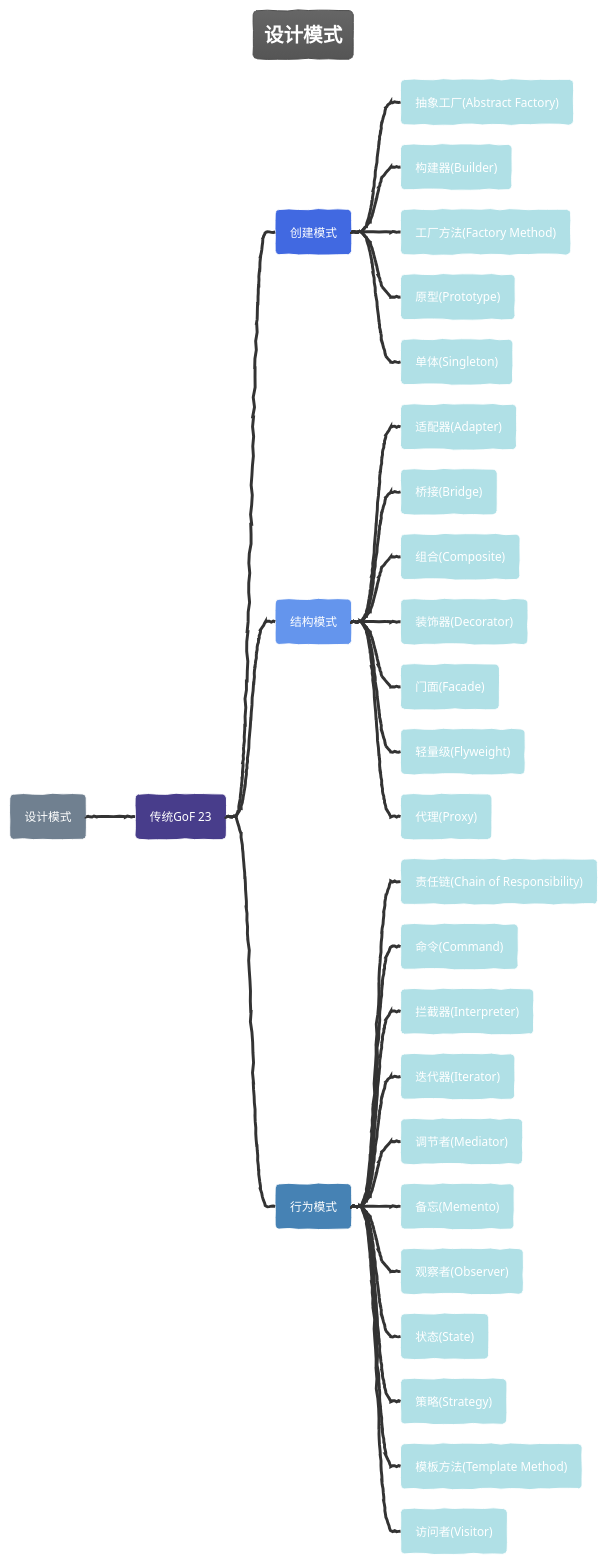
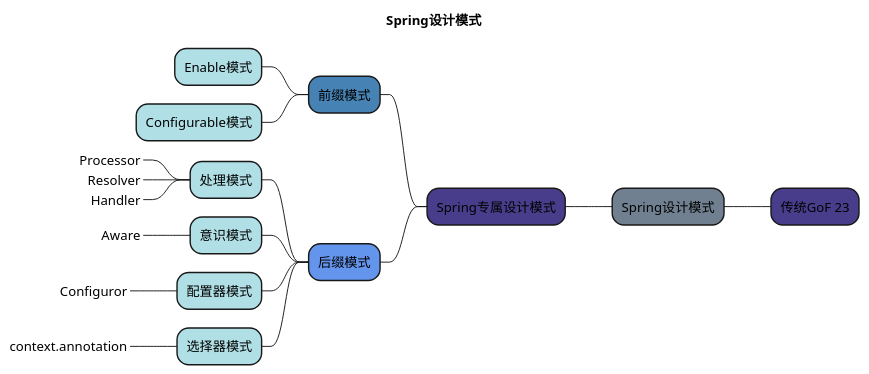
The diagram in doc/doc_files/spring_design_pattern.puml (FantasybabyChange/thinking-in-spring), drawn with PlantUML before and after one commit. The commit also changed 5 other files, not shown here.

```diff
--- a/doc/doc_files/spring_design_pattern.puml
+++ b/doc/doc_files/spring_design_pattern.puml
@@ -1,52 +1,38 @@
 @startmindmap Spring Design Pattern
-!theme sketchy
 <style>
 mindmapDiagram {
     :depth(0) {
         BackGroundColor red
     }
     node {
         BackgroundColor PowDerBlue
     }
     :depth(1) {
         BackGroundColor DarkSlateBlue
     }
     :depth(2) {
         BackGroundColor RoyalBlue
     }
 }
 </style>
 
-title  设计模式
-+[#SlateGray] 设计模式
+title  Spring设计模式
++[#SlateGray] Spring设计模式
 ++ 传统GoF 23
-+++ 创建模式
-++++ 抽象工厂(Abstract Factory)
-++++ 构建器(Builder)
-++++ 工厂方法(Factory Method)
-++++ 原型(Prototype)
-++++ 单体(Singleton)
-
-+++[#CornflowerBlue] 结构模式
-++++ 适配器(Adapter)
-++++ 桥接(Bridge)
-++++ 组合(Composite)
-++++ 装饰器(Decorator)
-++++ 门面(Facade)
-++++ 轻量级(Flyweight)
-++++ 代理(Proxy)
-+++[#SteelBlue] 行为模式
-++++ 责任链(Chain of Responsibility)
-++++ 命令(Command)
-++++ 拦截器(Interpreter)
-++++ 迭代器(Iterator)
-++++ 调节者(Mediator)
-++++ 备忘(Memento)
-++++ 观察者(Observer)
-++++ 状态(State)
-++++ 策略(Strategy)
-++++ 模板方法(Template Method)
-++++ 访问者(Visitor)
-
+-- Spring专属设计模式
+---[#SteelBlue]  前缀模式
+---- Enable模式
+---- Configurable模式
+---[#CornflowerBlue] 后缀模式
+---- 处理模式
+-----_ Processor
+-----_ Resolver
+-----_ Handler
+---- 意识模式
+-----_ Aware
+---- 配置器模式
+-----_ Configuror
+---- 选择器模式
+-----_ context.annotation
 
 @endmindmap
```
